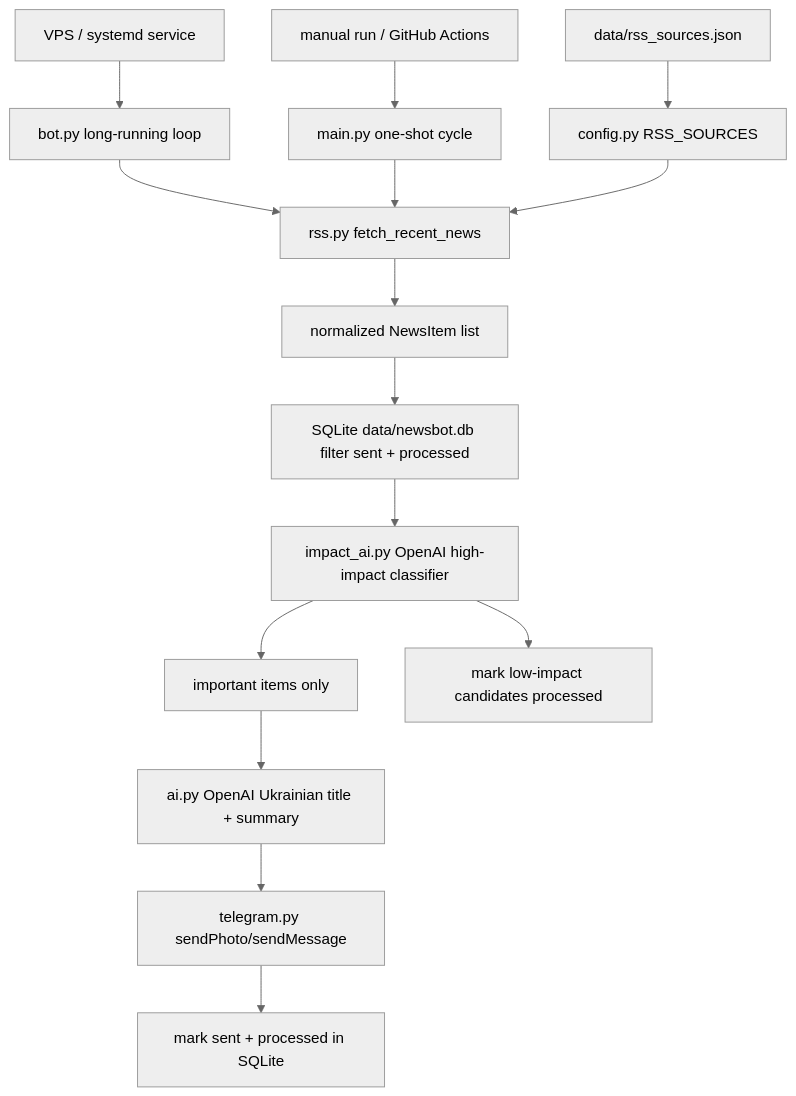
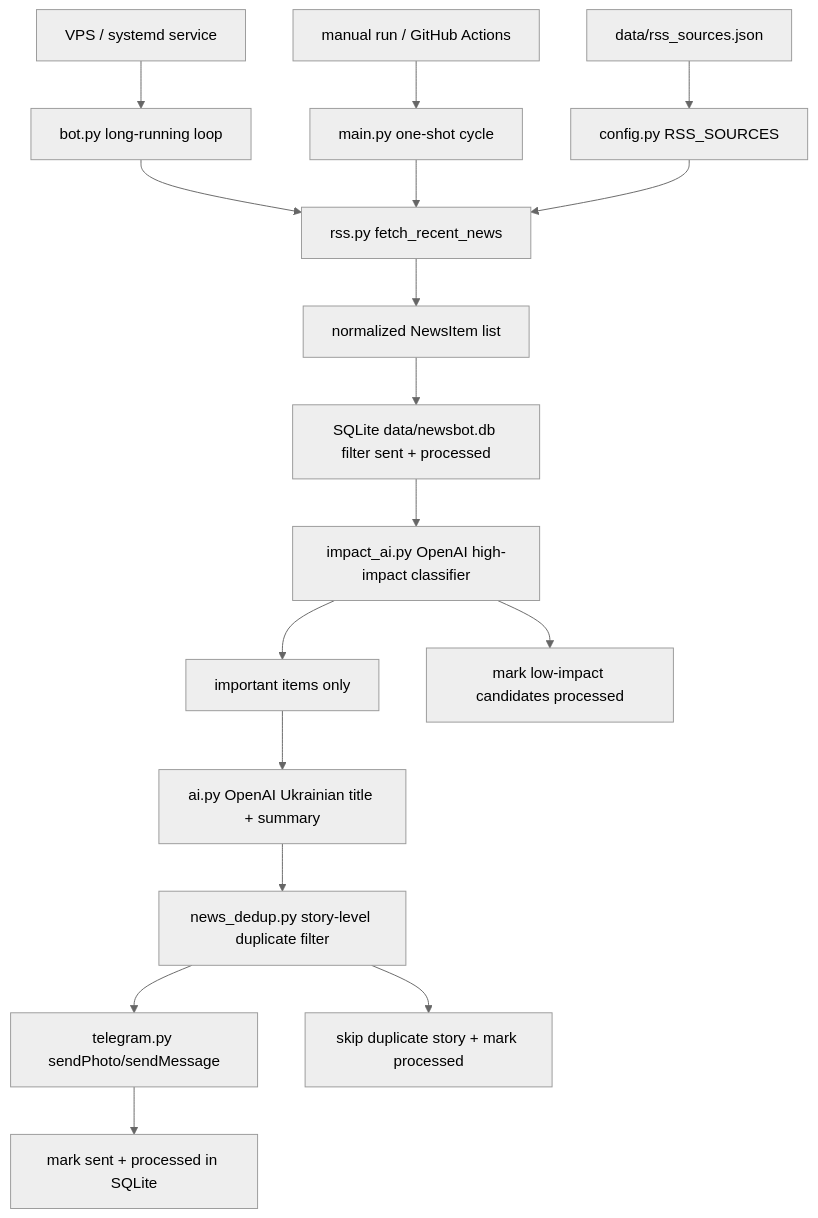
The diagram in README.md (Charged7/AI-News), drawn with Mermaid (neutral theme) before and after one commit. The commit also changed other lines of this file and 9 other files, not shown here.

Commit message:
Add story-level news deduplication

````diff
--- a/README.md
+++ b/README.md
@@ -9,17 +9,19 @@
 ```mermaid
 flowchart TD
     VPS["VPS / systemd service"] --> Bot["bot.py long-running loop"]
     Manual["manual run / GitHub Actions"] --> Main["main.py one-shot cycle"]
     Bot --> RSS["rss.py fetch_recent_news"]
     Main --> RSS
     Sources["data/rss_sources.json"] --> Config["config.py RSS_SOURCES"]
     Config --> RSS
     RSS --> Items["normalized NewsItem list"]
     Items --> State1["SQLite data/newsbot.db filter sent + processed"]
     State1 --> Impact["impact_ai.py OpenAI high-impact classifier"]
     Impact --> Important["important items only"]
     Important --> Summary["ai.py OpenAI Ukrainian title + summary"]
-    Summary --> Telegram["telegram.py sendPhoto/sendMessage"]
+    Summary --> StoryDedupe["news_dedup.py story-level duplicate filter"]
+    StoryDedupe --> Telegram["telegram.py sendPhoto/sendMessage"]
+    StoryDedupe --> Duplicate["skip duplicate story + mark processed"]
     Telegram --> State2["mark sent + processed in SQLite"]
     Impact --> Rejected["mark low-impact candidates processed"]
 ```
````
